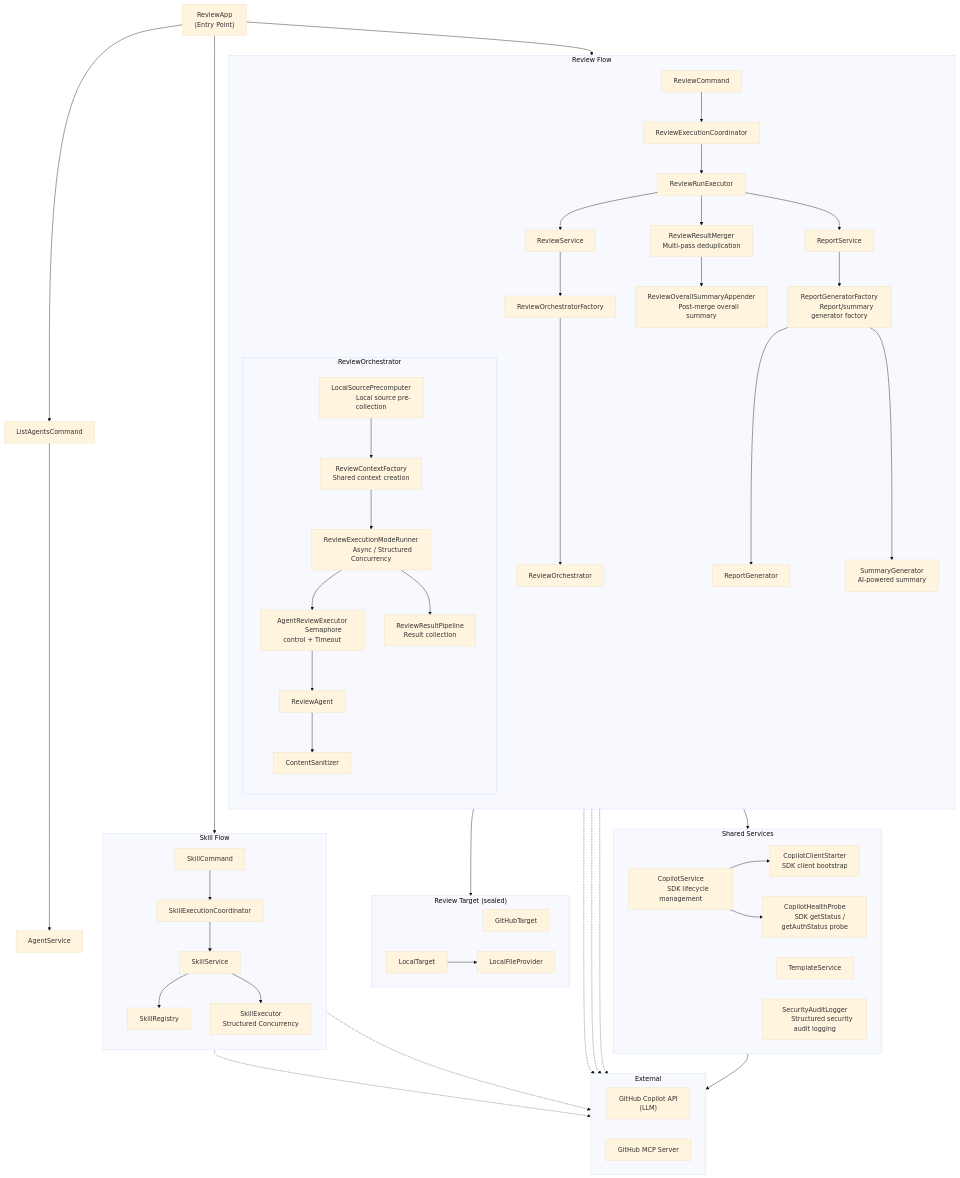
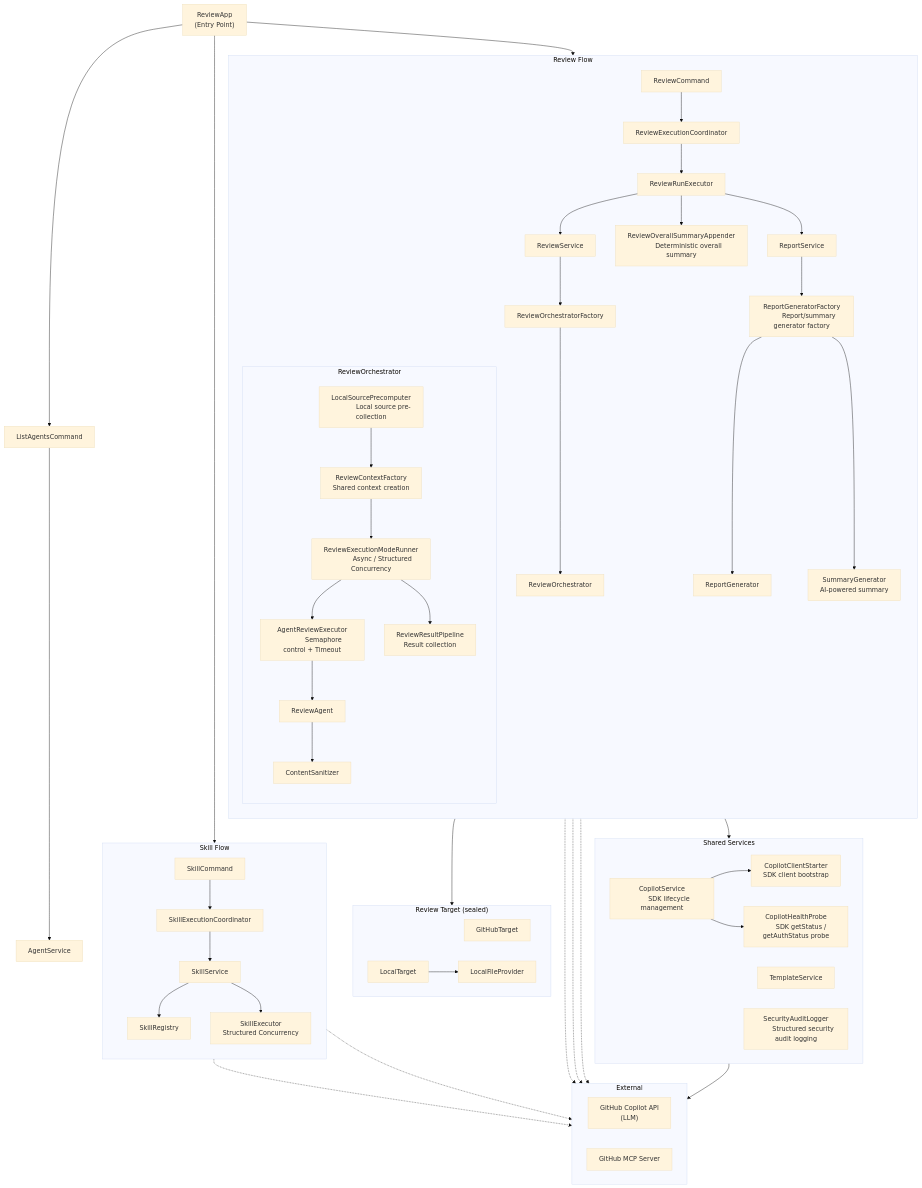
The diagram in README_en.md (anishi1222/multi-agent-code-reviewer), drawn with Mermaid (base theme) before and after one commit. The commit also changed other lines of this file and 93 other files, not shown here.

```diff
--- a/README_en.md
+++ b/README_en.md
@@ -853,10 +828,8 @@
             ReviewExecutionModeRunner --> ReviewResultPipeline
         end
 
-        ReviewRunExecutor --> ReviewResultMerger["ReviewResultMerger
-        Multi-pass deduplication"]
-        ReviewResultMerger --> ReviewOverallSummaryAppender["ReviewOverallSummaryAppender
-        Post-merge overall summary"]
+        ReviewRunExecutor --> ReviewOverallSummaryAppender["ReviewOverallSummaryAppender
+        Deterministic overall summary"]
         ReviewRunExecutor --> ReportService
         ReportService --> ReportGeneratorFactory["ReportGeneratorFactory
         Report/summary generator factory"]
```
